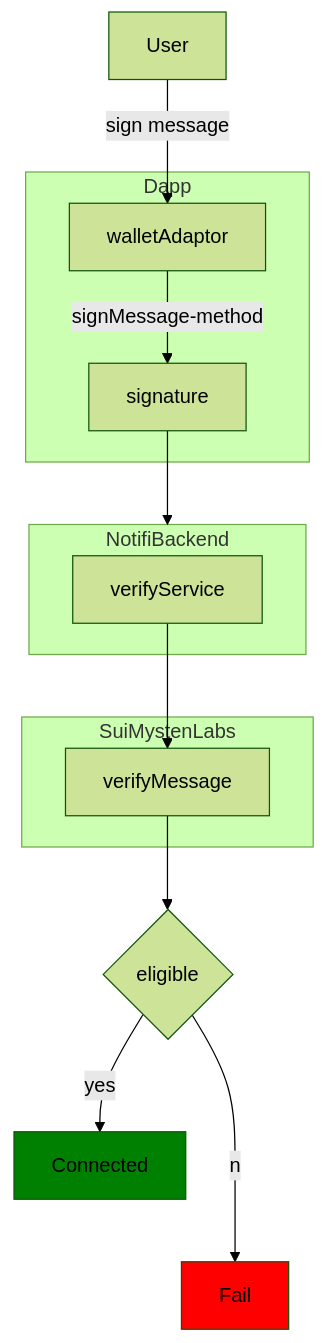
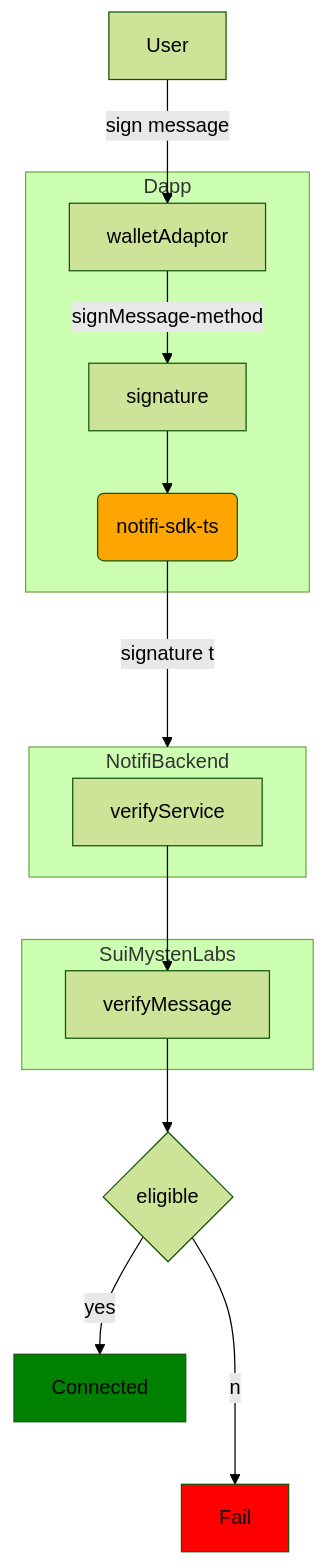
One commit to happyeric77/colorfullife-docs changed the diagram in docs/notifi/sdk-sui.md. Above: the diagram before and after it, drawn with Mermaid (forest theme).

````diff
--- a/docs/notifi/sdk-sui.md
+++ b/docs/notifi/sdk-sui.md
@@ -15,22 +15,22 @@
 ```mermaid
 flowchart TD
   User --sign message--> walletAdaptor
   verifyService --> verifyMessage
   verifyMessage --> check{eligible} --no--> Fail:::fail
   classDef fail fill:red
   check{eligible} --yes--> Connected:::success
   classDef success fill:green
-
-  signature --> NotifiBackend
+  sdk --signature to--> NotifiBackend
   subgraph Dapp
-    walletAdaptor --signMessage-method--> signature
+    walletAdaptor --signMessage-method--> signature --> sdk(notifi-sdk-ts):::sdkColor
+    classDef sdkColor fill:orange,color:black
   end
 
   subgraph NotifiBackend
     verifyService
   end
 
   subgraph SuiMystenLabs
     verifyMessage
   end
 ```
````
